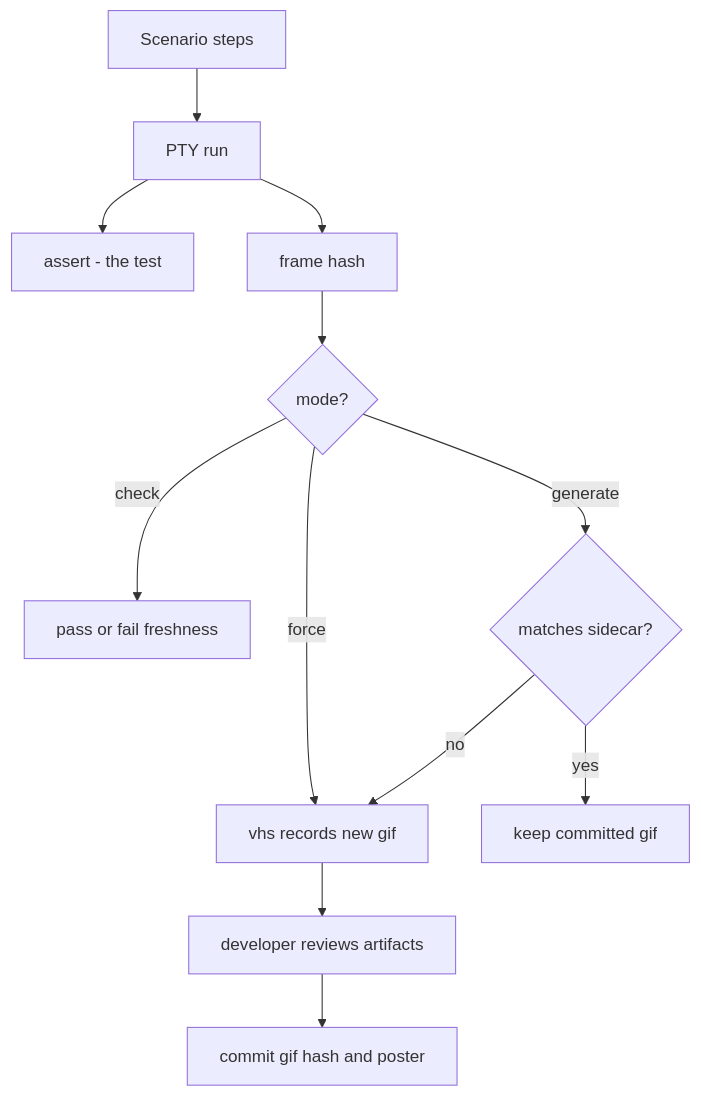
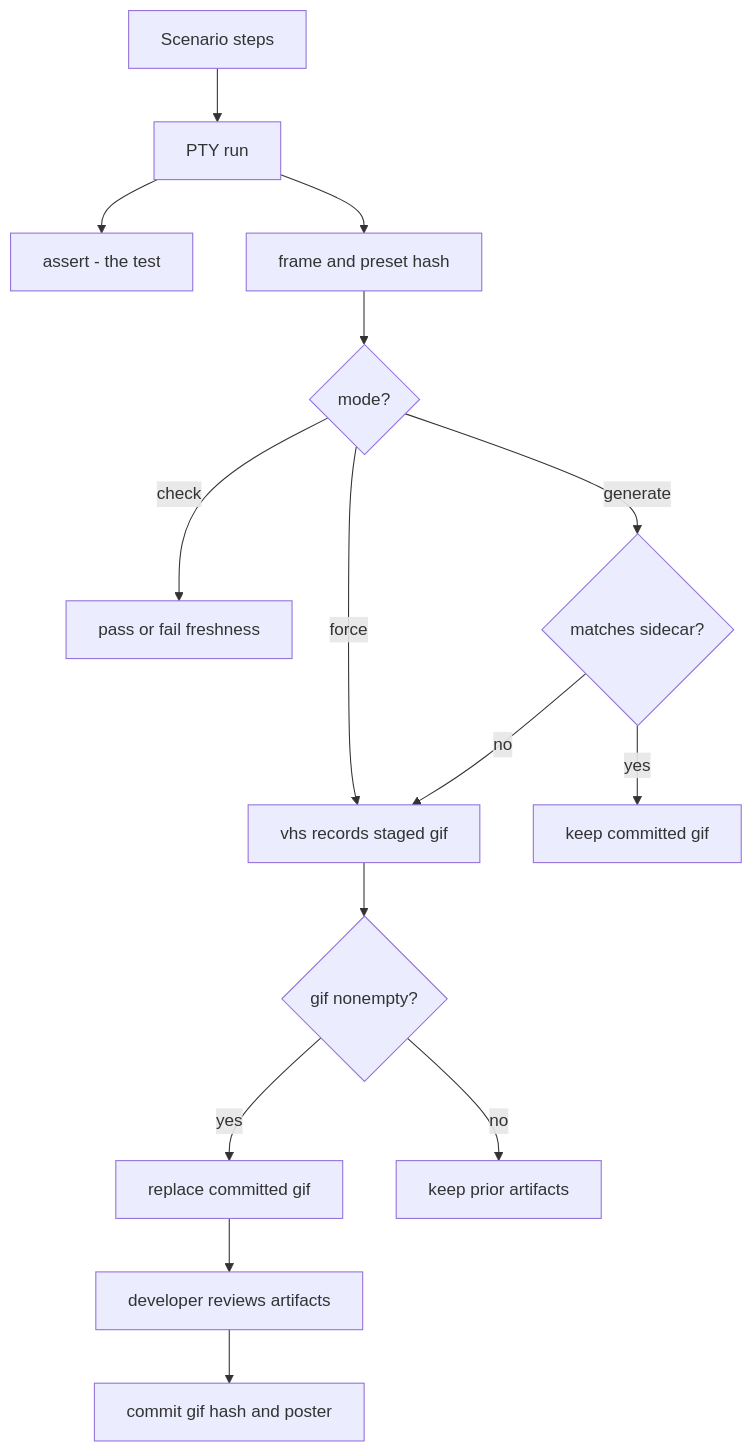
The diagram in crates/testty/docs/feature-gif-workflow.md (agentty-xyz/agentty), drawn with Mermaid before and after one commit. The commit also changed other lines of this file and 15 other files, not shown here.

````diff
--- a/crates/testty/docs/feature-gif-workflow.md
+++ b/crates/testty/docs/feature-gif-workflow.md
@@ -11,14 +12,17 @@
 ```mermaid
 graph TD
   S["Scenario steps"] --> PTY["PTY run"]
   PTY --> A["assert - the test"]
-  PTY --> H["frame hash"]
+  PTY --> H["frame and preset hash"]
   H --> M{"mode?"}
   M -->|check| G["pass or fail freshness"]
   M -->|generate| D{"matches sidecar?"}
   M -->|force| VHS
   D -->|yes| SKIP["keep committed gif"]
-  D -->|no| VHS["vhs records new gif"]
-  VHS --> R["developer reviews artifacts"]
-  R --> C["commit gif hash and poster"]
+  D -->|no| VHS["vhs records staged gif"]
+  VHS --> V{"gif nonempty?"}
+  V -->|yes| R["replace committed gif"]
+  V -->|no| K["keep prior artifacts"]
+  R --> DREV["developer reviews artifacts"]
+  DREV --> C["commit gif hash and poster"]
 ```
````
